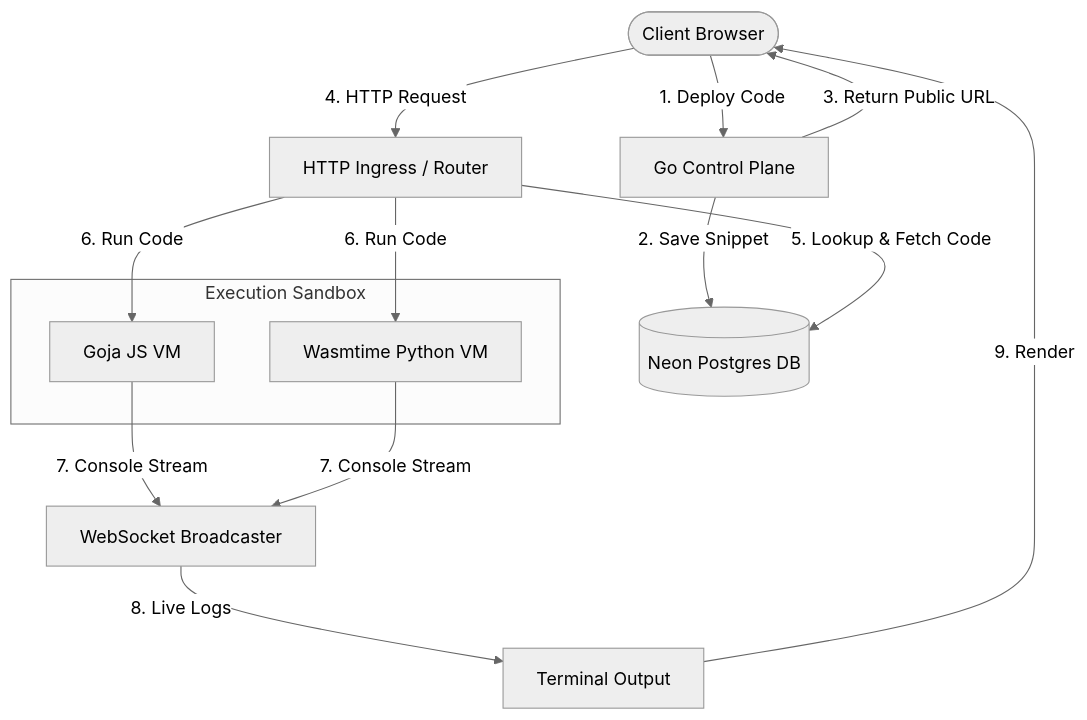
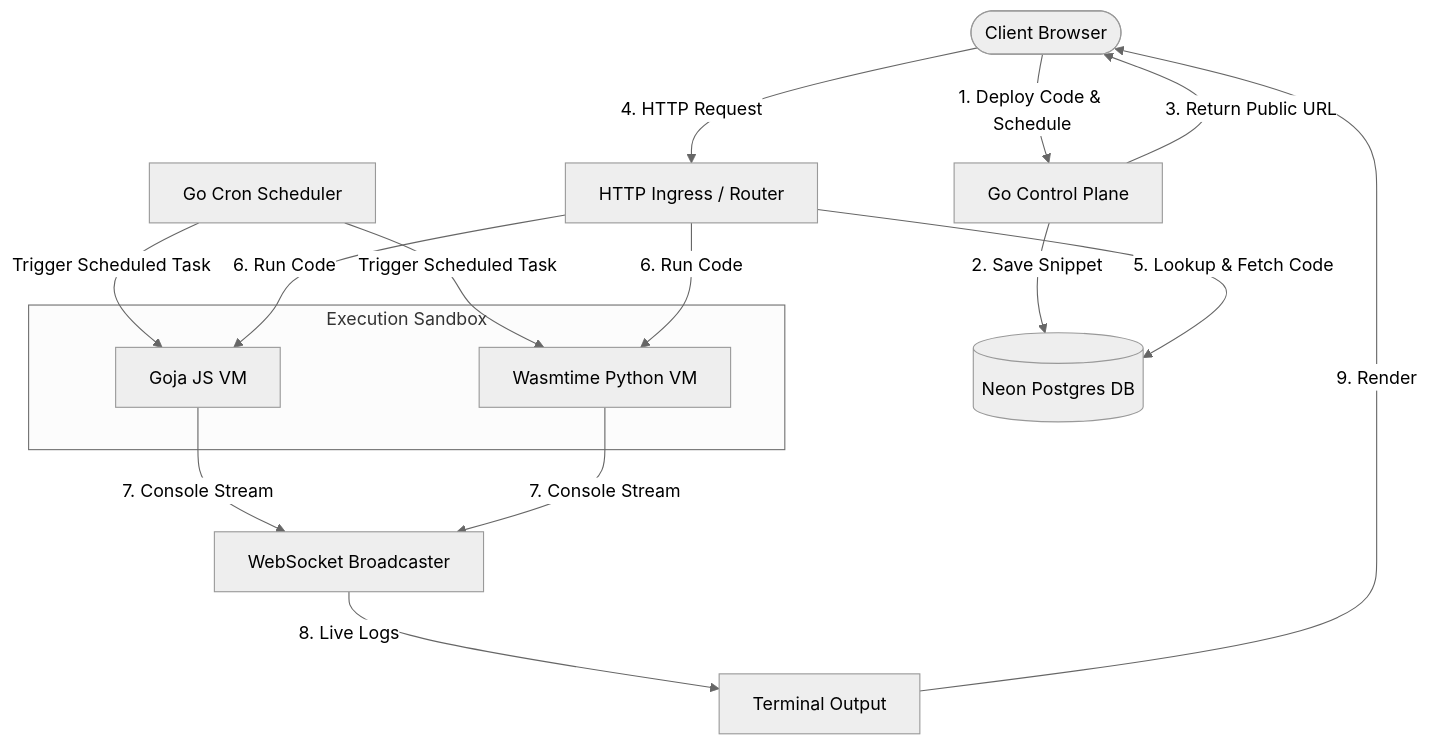
One commit to gautamkanakaraj/serverless changed the diagram in systemdesign.md. Above: the diagram before and after it, drawn with Mermaid (neutral theme). The commit also changed other lines of this file and 2 other files, not shown here.

````diff
--- a/systemdesign.md
+++ b/systemdesign.md
@@ -13,31 +15,35 @@
 ```mermaid
 graph TD
     %% Define Nodes
     Client([Client Browser])
     Proxy[HTTP Ingress / Router]
     ControlPlane[Go Control Plane]
     DB[(Neon Postgres DB)]
+    Cron[Go Cron Scheduler]
     
     subgraph Sandbox ["Execution Sandbox"]
         JS[Goja JS VM]
         Wasm[Wasmtime Python VM]
     end
 
     WS[WebSocket Broadcaster]
     Logs[Terminal Output]
 
     %% Define Connections
-    Client -->|1. Deploy Code| ControlPlane
+    Client -->|1. Deploy Code & Schedule| ControlPlane
     ControlPlane -->|2. Save Snippet| DB
     ControlPlane -->|3. Return Public URL| Client
+    
+    Cron -->|Trigger Scheduled Task| JS
+    Cron -->|Trigger Scheduled Task| Wasm
     
     Client -->|4. HTTP Request| Proxy
     Proxy -->|5. Lookup & Fetch Code| DB
     Proxy -->|6. Run Code| JS
     Proxy -->|6. Run Code| Wasm
     
     JS -->|7. Console Stream| WS
     Wasm -->|7. Console Stream| WS
     WS -->|8. Live Logs| Logs
     Logs -->|9. Render| Client
 ```
````
